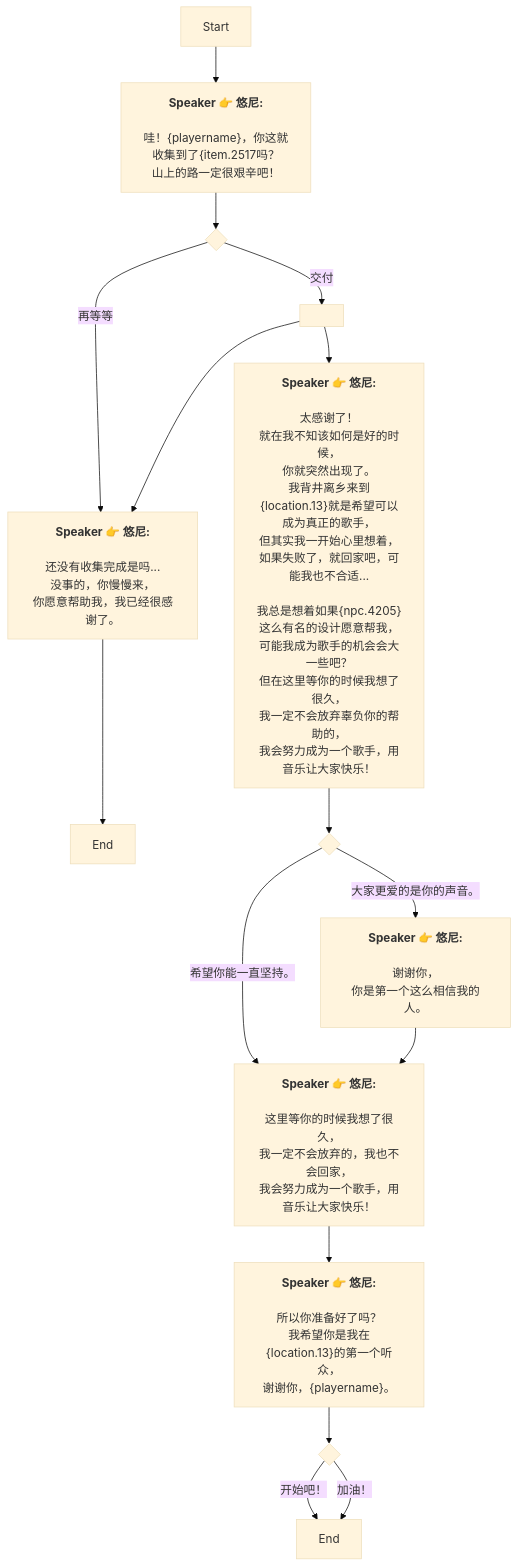
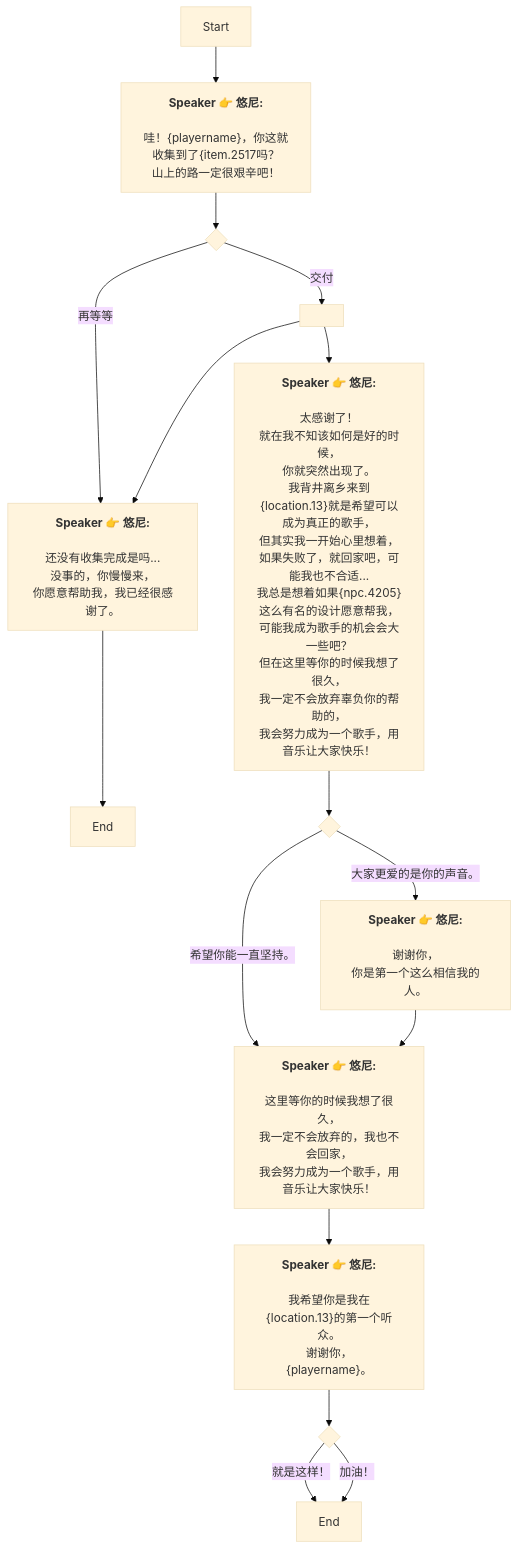
The diagram in Zh/QuestTalkObjectiveNode_1738288709847269.md (SoftHu/tos_avg), drawn with Mermaid (base theme) before and after one commit. The commit also changed 199 other files, not shown here.

````diff
--- a/Zh/QuestTalkObjectiveNode_1738288709847269.md
+++ b/Zh/QuestTalkObjectiveNode_1738288709847269.md
@@ -1,58 +1,57 @@
 ```mermaid
 graph
 Start -->1738289650856011[<b>Speaker 👉 悠尼:</b>
 
 哇！&lbrace;playername&rbrace;，你这就收集到了&lbrace;item.2517吗？
 山上的路一定很艰辛吧！]
 1738289650856011 -->1738289727664204{ }
 1738289727664204 -->|再等等|1738289799830612[<b>Speaker 👉 悠尼:</b>
 
 还没有收集完成是吗...
 没事的，你慢慢来，
 你愿意帮助我，我已经很感谢了。]
 1738289727664204 -->|交付|1738289895128150[ ]
 1738289799830612 -->1742092930830630[End]
 1738289895128150 -->1738289799830612[<b>Speaker 👉 悠尼:</b>
 
 还没有收集完成是吗...
 没事的，你慢慢来，
 你愿意帮助我，我已经很感谢了。]
 1738289895128150 -->1738289927962711[<b>Speaker 👉 悠尼:</b>
 
 太感谢了！
 就在我不知该如何是好的时候，
 你就突然出现了。
 我背井离乡来到&lbrace;location.13&rbrace;就是希望可以成为真正的歌手，
 但其实我一开始心里想着，
 如果失败了，就回家吧，可能我也不合适...
-
 我总是想着如果&lbrace;npc.4205&rbrace;这么有名的设计愿意帮我，
 可能我成为歌手的机会会大一些吧？
 但在这里等你的时候我想了很久，
 我一定不会放弃辜负你的帮助的，
 我会努力成为一个歌手，用音乐让大家快乐！]
 1738289927962711 -->1738290568451160{ }
 1738290568451160 -->|希望你能一直坚持。|1738290662682717[<b>Speaker 👉 悠尼:</b>
 
 这里等你的时候我想了很久，
 我一定不会放弃的，我也不会回家，
 我会努力成为一个歌手，用音乐让大家快乐！]
 1738290568451160 -->|大家更爱的是你的声音。|1738290723810398[<b>Speaker 👉 悠尼:</b>
 
 谢谢你，
 你是第一个这么相信我的人。]
 1738290662682717 -->1738290829012063[<b>Speaker 👉 悠尼:</b>
 
-所以你准备好了吗？
-我希望你是我在&lbrace;location.13&rbrace;的第一个听众，
-谢谢你，&lbrace;playername&rbrace;。]
+我希望你是我在&lbrace;location.13&rbrace;的第一个听众。
+谢谢你，
+&lbrace;playername&rbrace;。]
 1738290829012063 -->1738290981140576{ }
-1738290981140576 -->|开始吧！|1738290998103141[End]
+1738290981140576 -->|就是这样！|1738290998103141[End]
 1738290981140576 -->|加油！|1738290998103141[End]
 1738290723810398 -->1738290662682717[<b>Speaker 👉 悠尼:</b>
 
 这里等你的时候我想了很久，
 我一定不会放弃的，我也不会回家，
 我会努力成为一个歌手，用音乐让大家快乐！]
 
  ```
````
